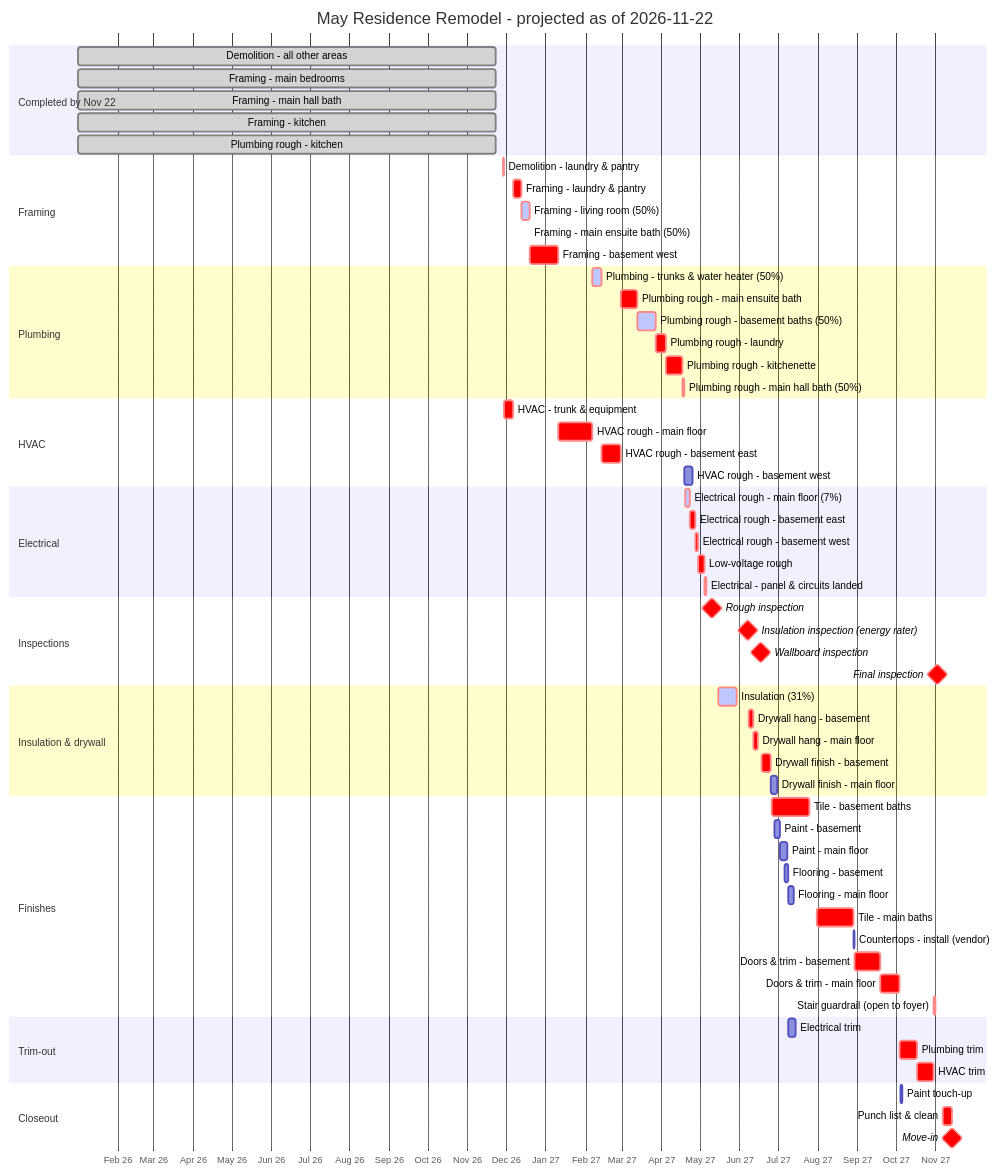
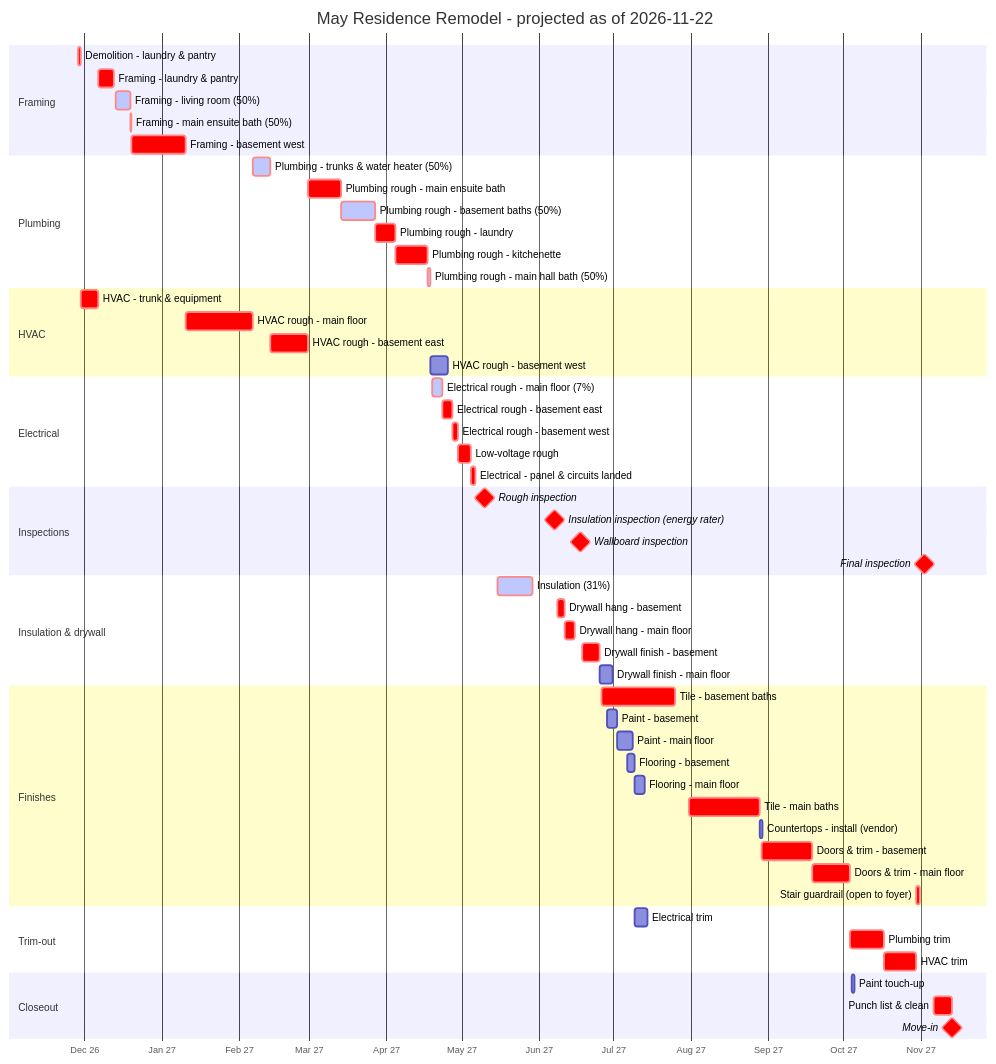
The diagram in SCHEDULE.md (jsharkey/billings), drawn with Mermaid before and after one commit. The commit also changed 2 other files, not shown here.

Commit message:
Drop completed tasks from the gantt so it starts at the status date
Completed work still appears in the task table and progress page.

Claude-Session: https://claude.ai/code/session_019chjbE8zdH1i5Af8BXyvZR

````diff
--- a/SCHEDULE.md
+++ b/SCHEDULE.md
@@ -17,68 +17,62 @@
 ```mermaid
 gantt
     title May Residence Remodel - projected as of 2026-11-22
     dateFormat YYYY-MM-DD HH:mm
     axisFormat %b %y
     tickInterval 1month
     todayMarker off
-    section Completed by Nov 22
-    Demolition - all other areas :done, demo_all, 2026-01-01 08:00, 2026-11-22 16:00
-    Framing - main bedrooms :done, fram_main_beds, 2026-01-01 08:00, 2026-11-22 16:00
-    Framing - main hall bath :done, fram_main_n_bath, 2026-01-01 08:00, 2026-11-22 16:00
-    Framing - kitchen :done, fram_main_kitchen, 2026-01-01 08:00, 2026-11-22 16:00
-    Plumbing rough - kitchen :done, plum_main_kitchen, 2026-01-01 08:00, 2026-11-22 16:00
     section Framing
     Demolition - laundry & pantry :crit, demo_main_laundry, 2026-11-28 08:00, 2026-11-29 10:00
     Framing - laundry & pantry :crit, fram_main_laundry, 2026-12-06 10:00, 2026-12-12 16:00
     Framing - living room (50%) :active, crit, fram_main_living, 2026-12-13 08:00, 2026-12-19 08:24
     Framing - main ensuite bath (50%) :active, crit, fram_main_s_bath, 2026-12-19 08:24, 2026-12-19 14:00
     Framing - basement west :crit, fram_bsmt_west, 2026-12-19 14:00, 2027-01-10 09:48
     section Plumbing
     Plumbing - trunks & water heater (50%) :active, crit, plum_house, 2027-02-06 13:48, 2027-02-13 09:48
     Plumbing rough - main ensuite bath :crit, plum_main_s_bath, 2027-02-28 09:48, 2027-03-13 15:48
     Plumbing rough - basement baths (50%) :active, crit, plum_bsmt_baths, 2027-03-13 15:48, 2027-03-27 13:48
     Plumbing rough - laundry :crit, plum_main_laundry, 2027-03-27 13:48, 2027-04-04 11:48
     Plumbing rough - kitchenette :crit, plum_bsmt_kitchenette, 2027-04-04 11:48, 2027-04-17 09:48
     Plumbing rough - main hall bath (50%) :active, crit, plum_main_n_bath, 2027-04-17 09:48, 2027-04-18 14:48
     section HVAC
     HVAC - trunk & equipment :crit, hvac_house, 2026-11-29 10:00, 2026-12-06 10:00
     HVAC rough - main floor :crit, hvac_main, 2027-01-10 09:48, 2027-02-06 13:48
     HVAC rough - basement east :crit, hvac_bsmt_east, 2027-02-13 09:48, 2027-02-28 09:48
     HVAC rough - basement west :hvac_bsmt_west, 2027-04-18 14:48, 2027-04-25 14:48
     section Electrical
     Electrical rough - main floor (7%) :active, crit, elec_main, 2027-04-19 08:00, 2027-04-23 08:24
     Electrical rough - basement east :crit, elec_bsmt_east, 2027-04-23 08:24, 2027-04-27 14:24
     Electrical rough - basement west :crit, elec_bsmt_west, 2027-04-27 14:24, 2027-04-29 13:12
     Low-voltage rough :crit, lowv_all, 2027-04-29 13:12, 2027-05-04 15:12
     Electrical - panel & circuits landed :crit, elec_panel, 2027-05-04 15:12, 2027-05-06 11:12
     section Inspections
     Rough inspection :milestone, crit, insp_rough, 2027-05-10 12:00, 0d
     Insulation inspection (energy rater) :milestone, crit, insp_insl, 2027-06-07 12:00, 0d
     Wallboard inspection :milestone, crit, insp_board, 2027-06-17 12:00, 0d
     Final inspection :milestone, crit, insp_final, 2027-11-02 12:00, 0d
     section Insulation & drywall
     Insulation (31%) :active, crit, insl_all, 2027-05-15 08:00, 2027-05-29 12:00
     Drywall hang - basement :crit, dryw_hang_bsmt, 2027-06-08 08:00, 2027-06-11 09:46
     Drywall hang - main floor :crit, dryw_hang_main, 2027-06-11 09:46, 2027-06-15 08:02
     Drywall finish - basement :crit, dryw_fin_bsmt, 2027-06-18 08:00, 2027-06-25 12:10
     Drywall finish - main floor :dryw_fin_main, 2027-06-25 12:10, 2027-06-30 12:38
     section Finishes
     Tile - basement baths :crit, tile_bsmt_baths, 2027-06-26 08:00, 2027-07-25 16:00
     Paint - basement :pant_bsmt, 2027-06-28 08:00, 2027-07-02 08:02
     Paint - main floor :pant_main, 2027-07-02 08:02, 2027-07-08 15:22
     Flooring - basement :flor_bsmt, 2027-07-06 08:00, 2027-07-09 08:38
     Flooring - main floor :flor_main, 2027-07-09 08:38, 2027-07-13 16:00
     Tile - main baths :crit, tile_main_baths, 2027-07-31 08:00, 2027-08-28 16:00
     Countertops - install (vendor) :ctop_install, 2027-08-28 16:00, 2027-08-29 16:00
     Doors & trim - basement :crit, trim_bsmt, 2027-08-29 08:00, 2027-09-18 12:10
     Doors & trim - main floor :crit, trim_main, 2027-09-18 12:10, 2027-10-03 13:55
     Stair guardrail (open to foyer) :crit, rail_stair, 2027-10-30 09:55, 2027-10-31 13:55
     section Trim-out
     Electrical trim :elec_trim, 2027-07-09 08:00, 2027-07-14 15:36
     Plumbing trim :crit, plum_trim, 2027-10-03 13:55, 2027-10-17 09:55
     HVAC trim :crit, hvac_trim, 2027-10-17 09:55, 2027-10-30 09:55
     section Closeout
     Paint touch-up :pant_touchup, 2027-10-04 08:00, 2027-10-05 16:00
     Punch list & clean :crit, punch_clean, 2027-11-06 08:00, 2027-11-13 16:00
     Move-in :milestone, crit, mile_movein, 2027-11-13 16:00, 0d
 ```
````
